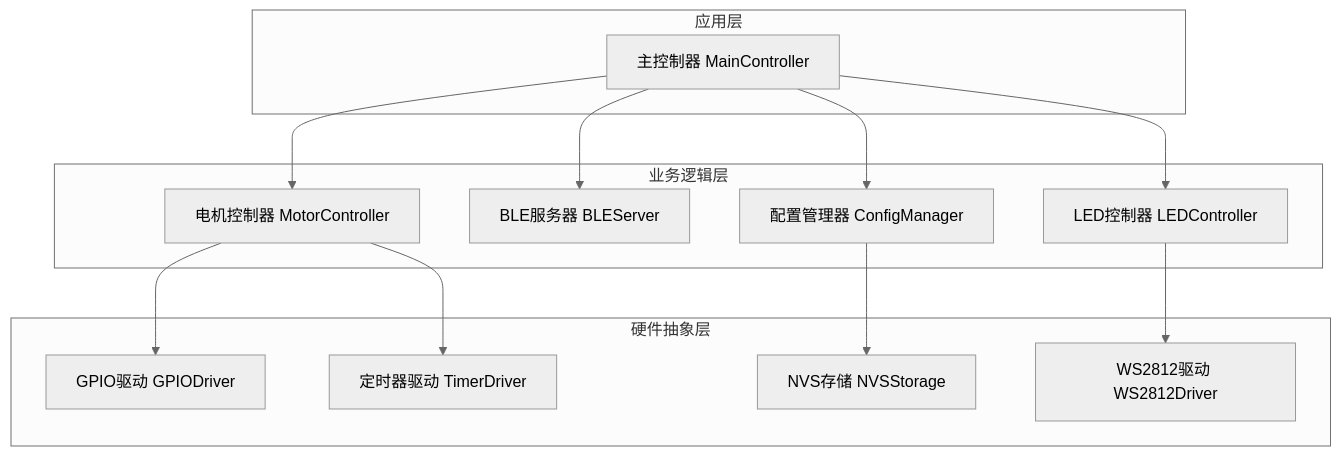
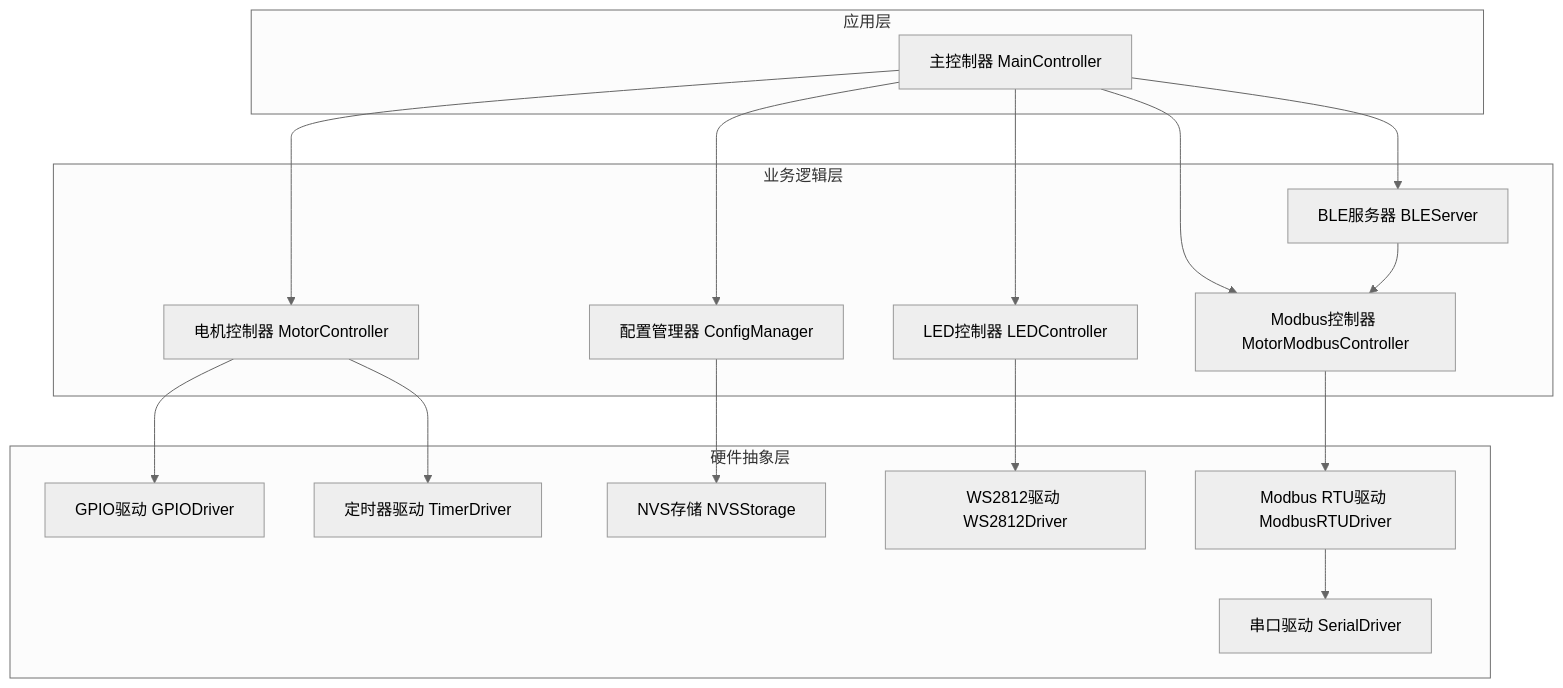
One commit to davidhoo/ESP32motor changed the first of 4 diagrams in architecture.md. Above: the diagram before and after it, drawn with Mermaid (neutral theme). The commit also changed other lines of this file and 19 other files, not shown here.

````diff
--- a/architecture.md
+++ b/architecture.md
@@ -17,30 +17,37 @@
 ```mermaid
 graph TB
     subgraph "应用层"
         A[主控制器 MainController]
     end
     
     subgraph "业务逻辑层"
         B[电机控制器 MotorController]
         C[BLE服务器 BLEServer]
         D[LED控制器 LEDController]
         E[配置管理器 ConfigManager]
+        F[Modbus控制器 MotorModbusController]
     end
     
     subgraph "硬件抽象层"
-        F[GPIO驱动 GPIODriver]
-        G[定时器驱动 TimerDriver]
-        H[NVS存储 NVSStorage]
-        I[WS2812驱动 WS2812Driver]
+        G[GPIO驱动 GPIODriver]
+        H[定时器驱动 TimerDriver]
+        I[NVS存储 NVSStorage]
+        J[WS2812驱动 WS2812Driver]
+        K[Modbus RTU驱动 ModbusRTUDriver]
+        L[串口驱动 SerialDriver]
     end
     
     A --> B
     A --> C
     A --> D
     A --> E
+    A --> F
     
-    B --> F
     B --> G
-    D --> I
-    E --> H
+    B --> H
+    C --> F
+    D --> J
+    E --> I
+    F --> K
+    K --> L
 ```
````
